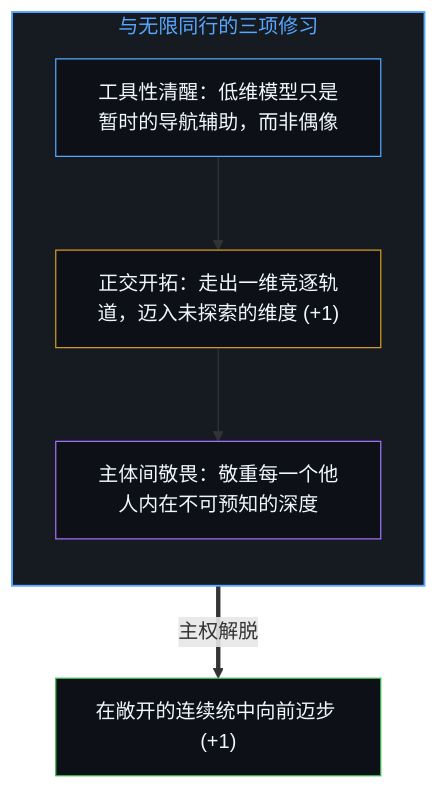
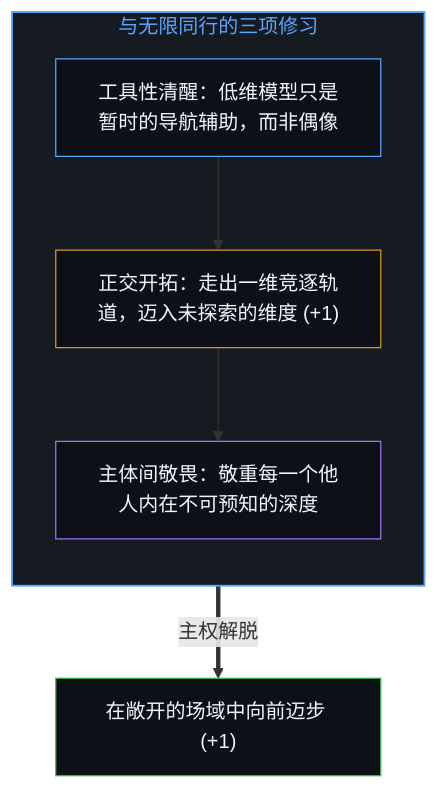
The ninth of 10 diagrams in content/posts/the-shadow-and-the-infinite.md (powerpig99/not-a-toe), drawn with Mermaid before and after one commit. The commit also changed other lines of this file and 2 other files, not shown here.

````diff
--- a/content/posts/the-shadow-and-the-infinite.md
+++ b/content/posts/the-shadow-and-the-infinite.md
@@ -269,18 +269,18 @@
 ```mermaid
 flowchart TD
     subgraph ThreeEthicalRules["与无限同行的三项修习"]
         direction TB
         Rule1["工具性清醒：低维模型只是暂时的导航辅助，而非偶像"]
         Rule2["正交开拓：走出一维竞逐轨道，迈入未探索的维度 (+1)"]
         Rule3["主体间敬畏：敬重每一个他人内在不可预知的深度"]
         Rule1 --> Rule2
         Rule2 --> Rule3
     end
-    OpenLivingField["在敞开的连续统中向前迈步 (+1)"]
+    OpenLivingField["在敞开的场域中向前迈步 (+1)"]
     Rule3 ==>|"主权解脱"| OpenLivingField
     style ThreeEthicalRules fill:#161b22,stroke:#58a6ff,stroke-width:1.5px,color:#58a6ff
     style Rule1 fill:#0d1117,stroke:#58a6ff,stroke-width:1px,color:#f0f6fc
     style Rule2 fill:#0d1117,stroke:#d29922,stroke-width:1px,color:#f0f6fc
     style Rule3 fill:#0d1117,stroke:#a371f7,stroke-width:1px,color:#f0f6fc
     style OpenLivingField fill:#0d1117,stroke:#3fb950,stroke-width:1px,color:#f0f6fc
 ```
````
